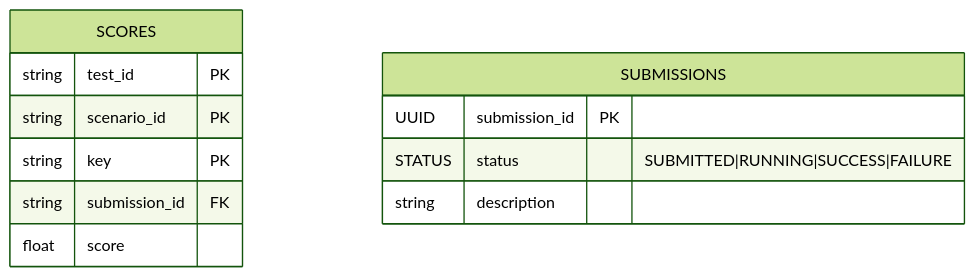
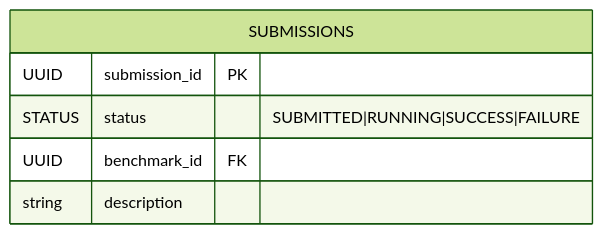
One commit to flatland-association/flatland-benchmarks changed the tenth of 14 diagrams in docs/ARCHITECTURE.md. Above: the diagram before and after it, drawn with Mermaid (forest theme). The commit also changed other lines of this file, not shown here.

Commit message:
Cleanup ER diagrams.

````diff
--- a/docs/ARCHITECTURE.md
+++ b/docs/ARCHITECTURE.md
@@ -717,18 +745,9 @@
 ```mermaid
 erDiagram
-  SCORES {
-    string test_id PK
-    string scenario_id PK
-    string key PK
-    string submission_id FK
-    float score
-  }
-
   SUBMISSIONS {
     UUID submission_id PK
     STATUS status "SUBMITTED|RUNNING|SUCCESS|FAILURE"
+    UUID benchmark_id FK
     string description
   }
-
-
 ```
````
